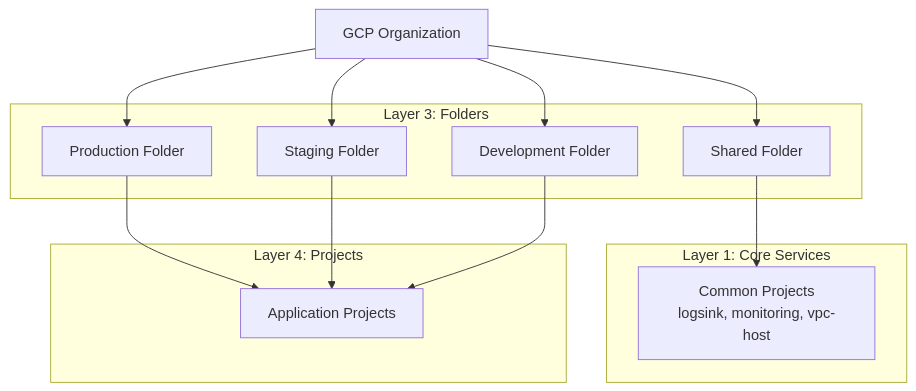
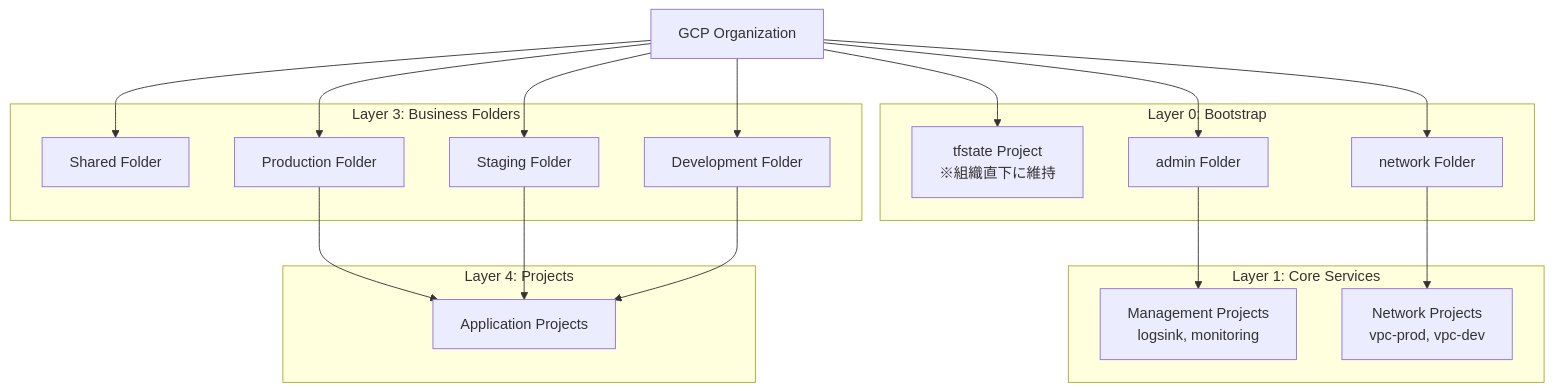
The second of 2 diagrams in docs/design/architecture.md (ea-Mitsuoka/gcp-foundations), drawn with Mermaid before and after one commit. The commit also changed other lines of this file and 10 other files, not shown here.

First line of the commit message:
refactor(architecture): restructure admin/network folder hierarchy and normalize deployment order

````diff
--- a/docs/design/architecture.md
+++ b/docs/design/architecture.md
@@ -54,29 +54,40 @@
 ```mermaid
 graph TD
     ORG[GCP Organization]
-    
+
+    subgraph L0_Bootstrap [Layer 0: Bootstrap]
+        P_TFSTATE[tfstate Project<br/>※組織直下に維持]
+        F_ADMIN[admin Folder]
+        F_NETWORK[network Folder]
+    end
+
     subgraph L1_Core [Layer 1: Core Services]
-        CP[Common Projects<br/>logsink, monitoring, vpc-host]
+        CP_ADMIN[Management Projects<br/>logsink, monitoring]
+        CP_NET[Network Projects<br/>vpc-prod, vpc-dev]
     end
-    
-    subgraph L3_Folders [Layer 3: Folders]
+
+    subgraph L3_Folders [Layer 3: Business Folders]
         F_SH[Shared Folder]
         F_PRD[Production Folder]
         F_STG[Staging Folder]
         F_DEV[Development Folder]
     end
-    
+
     subgraph L4_Projects [Layer 4: Projects]
         P_APP[Application Projects]
     end
 
+    ORG --> P_TFSTATE
+    ORG --> F_ADMIN
+    ORG --> F_NETWORK
     ORG --> F_SH
     ORG --> F_PRD
     ORG --> F_STG
     ORG --> F_DEV
-    
-    F_SH --> CP
+
+    F_ADMIN --> CP_ADMIN
+    F_NETWORK --> CP_NET
     F_PRD --> P_APP
     F_STG --> P_APP
     F_DEV --> P_APP
 ```
````
